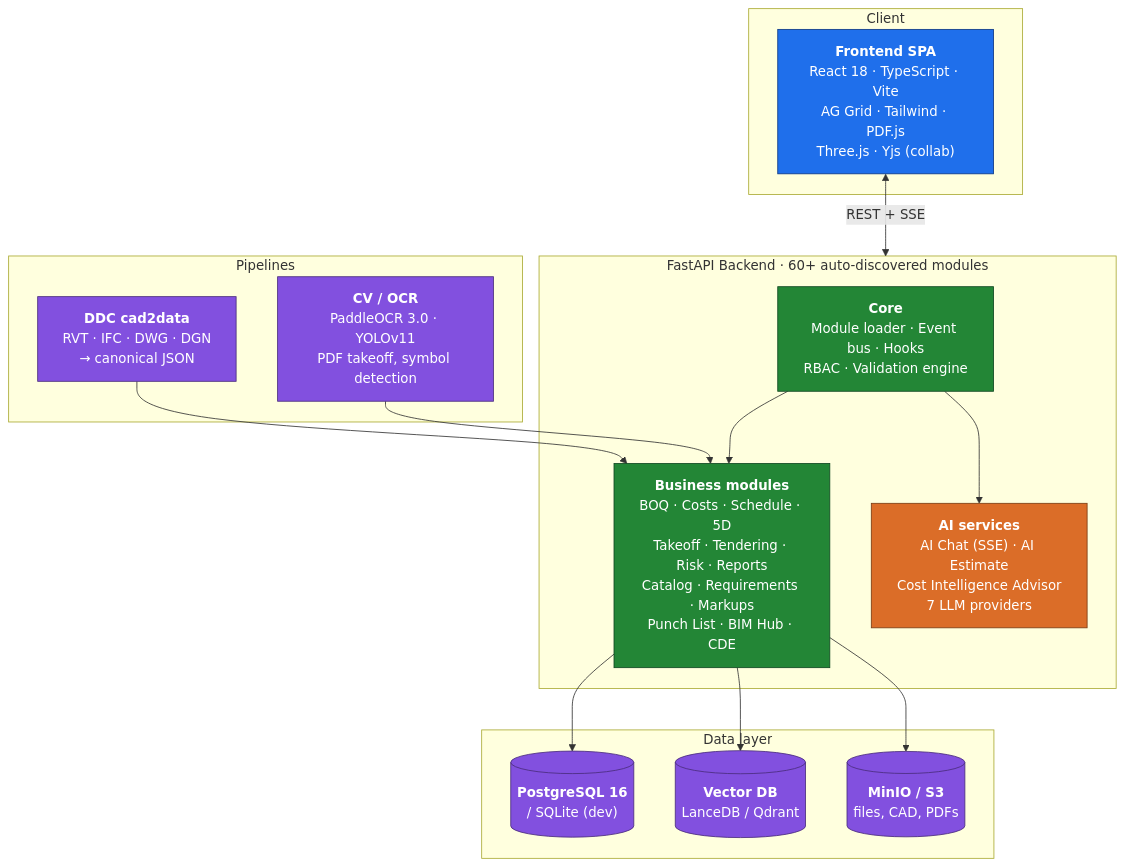
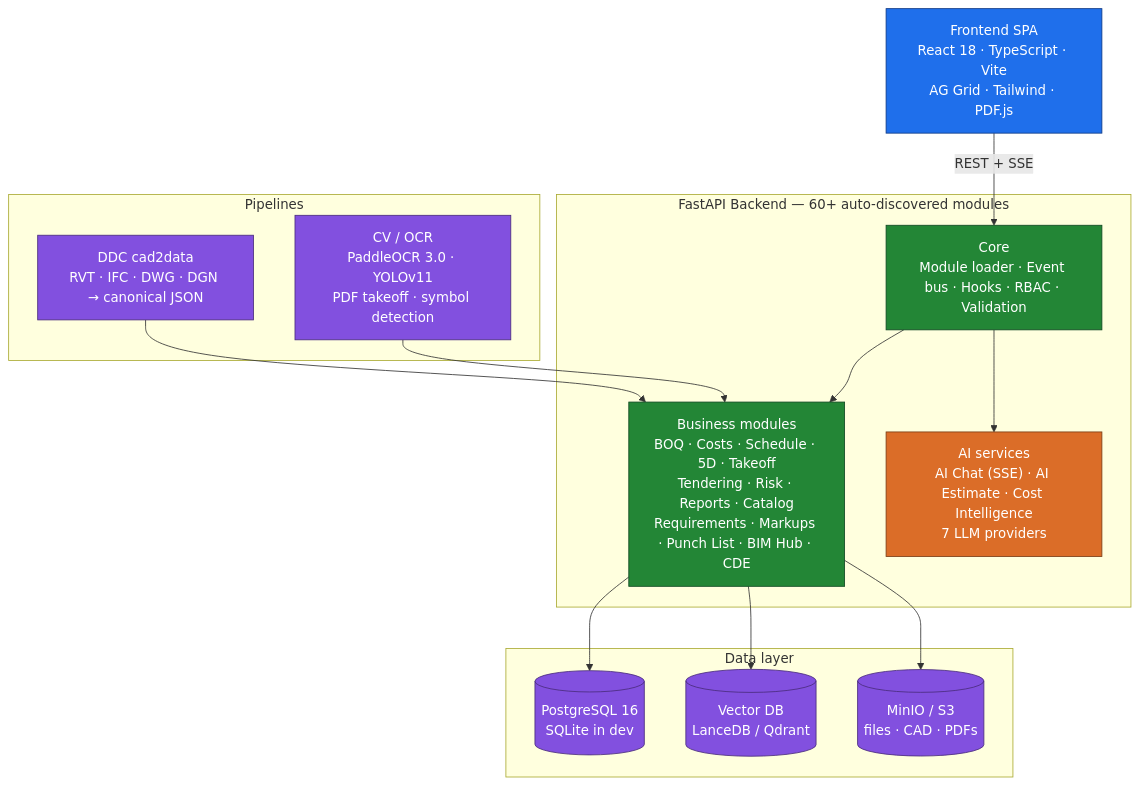
One commit to ehtick/OpenConstructionERP changed the diagram in README.md. Above: the diagram before and after it, drawn with Mermaid.

Commit message:
docs(readme): simplify Mermaid architecture diagram so it renders on GitHub
- Removed <b> tags (not reliably rendered in GH Mermaid)
- Switched :::classname inline syntax to class X classname trailing syntax
- Unidirectional edge label (UI -- "REST + SSE" --> CORE) instead of <-->
- Connected UI to the CORE node directly rather than to the Backend subgraph

````diff
--- a/README.md
+++ b/README.md
@@ -507,37 +507,39 @@
 ```mermaid
 flowchart TB
-    classDef fe fill:#1f6feb,stroke:#0d3885,color:#fff
-    classDef be fill:#238636,stroke:#104822,color:#fff
-    classDef data fill:#8250df,stroke:#4a2c7d,color:#fff
-    classDef ai fill:#db6d28,stroke:#7a3c14,color:#fff
+    UI["Frontend SPA<br/>React 18 · TypeScript · Vite<br/>AG Grid · Tailwind · PDF.js"]
 
-    subgraph Client["Client"]
-        UI["<b>Frontend SPA</b><br/>React 18 · TypeScript · Vite<br/>AG Grid · Tailwind · PDF.js<br/>Three.js · Yjs (collab)"]:::fe
-    end
-
-    subgraph API["FastAPI Backend · 60+ auto-discovered modules"]
-        CORE["<b>Core</b><br/>Module loader · Event bus · Hooks<br/>RBAC · Validation engine"]:::be
-        BIZ["<b>Business modules</b><br/>BOQ · Costs · Schedule · 5D<br/>Takeoff · Tendering · Risk · Reports<br/>Catalog · Requirements · Markups<br/>Punch List · BIM Hub · CDE"]:::be
-        AIS["<b>AI services</b><br/>AI Chat (SSE) · AI Estimate<br/>Cost Intelligence Advisor<br/>7 LLM providers"]:::ai
+    subgraph Backend["FastAPI Backend — 60+ auto-discovered modules"]
+        CORE["Core<br/>Module loader · Event bus · Hooks · RBAC · Validation"]
+        BIZ["Business modules<br/>BOQ · Costs · Schedule · 5D · Takeoff<br/>Tendering · Risk · Reports · Catalog<br/>Requirements · Markups · Punch List · BIM Hub · CDE"]
+        AIS["AI services<br/>AI Chat (SSE) · AI Estimate · Cost Intelligence<br/>7 LLM providers"]
+        CORE --> BIZ
+        CORE --> AIS
     end
 
     subgraph Data["Data layer"]
-        PG[("<b>PostgreSQL 16</b><br/>/ SQLite (dev)")]:::data
-        VEC[("<b>Vector DB</b><br/>LanceDB / Qdrant")]:::data
-        S3[("<b>MinIO / S3</b><br/>files, CAD, PDFs")]:::data
+        PG[("PostgreSQL 16<br/>SQLite in dev")]
+        VEC[("Vector DB<br/>LanceDB / Qdrant")]
+        S3[("MinIO / S3<br/>files · CAD · PDFs")]
     end
 
-    subgraph Pipe["Pipelines"]
-        CAD["<b>DDC cad2data</b><br/>RVT · IFC · DWG · DGN<br/>→ canonical JSON"]:::data
-        CV["<b>CV / OCR</b><br/>PaddleOCR 3.0 · YOLOv11<br/>PDF takeoff, symbol detection"]:::data
+    subgraph Pipelines["Pipelines"]
+        CAD["DDC cad2data<br/>RVT · IFC · DWG · DGN → canonical JSON"]
+        CV["CV / OCR<br/>PaddleOCR 3.0 · YOLOv11<br/>PDF takeoff · symbol detection"]
     end
 
-    UI <-->|REST + SSE| API
-    CORE --> BIZ
-    CORE --> AIS
+    UI -- "REST + SSE" --> CORE
     BIZ --> PG
     BIZ --> VEC
     BIZ --> S3
     CAD --> BIZ
     CV --> BIZ
+
+    classDef fe fill:#1f6feb,stroke:#0d3885,color:#fff;
+    classDef be fill:#238636,stroke:#104822,color:#fff;
+    classDef ai fill:#db6d28,stroke:#7a3c14,color:#fff;
+    classDef data fill:#8250df,stroke:#4a2c7d,color:#fff;
+    class UI fe;
+    class CORE,BIZ be;
+    class AIS ai;
+    class PG,VEC,S3,CAD,CV data;
 ```
````
